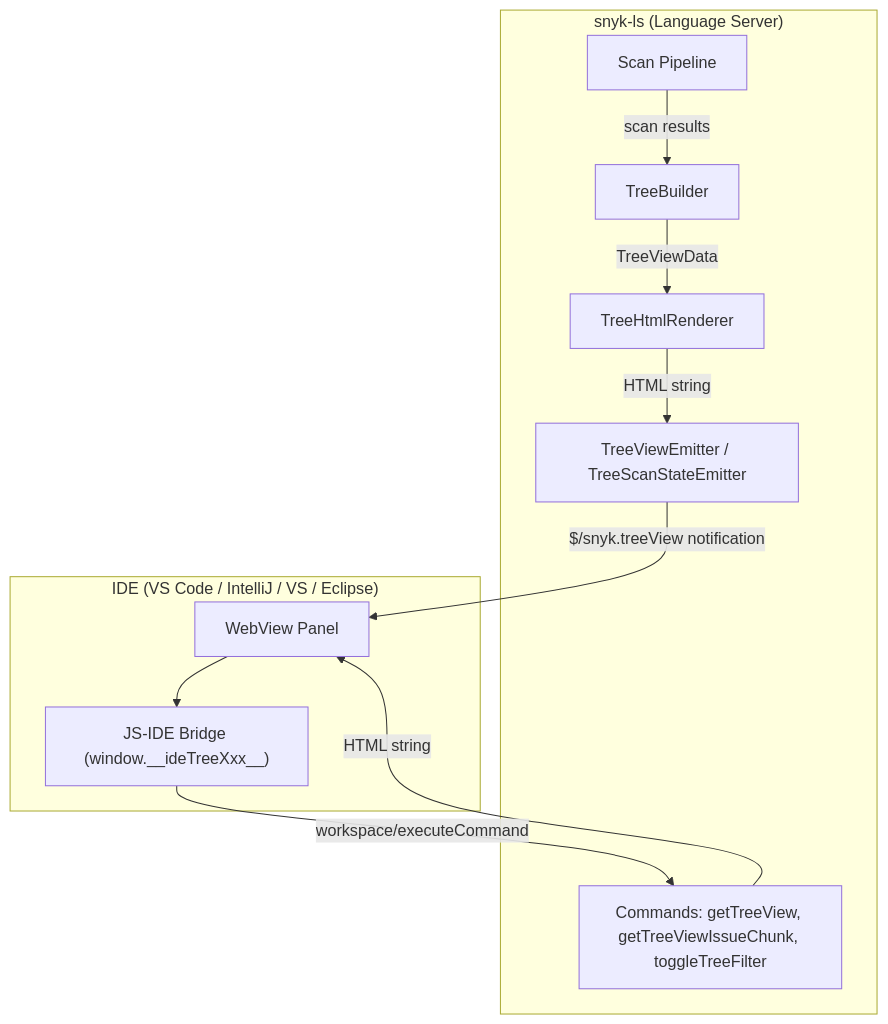
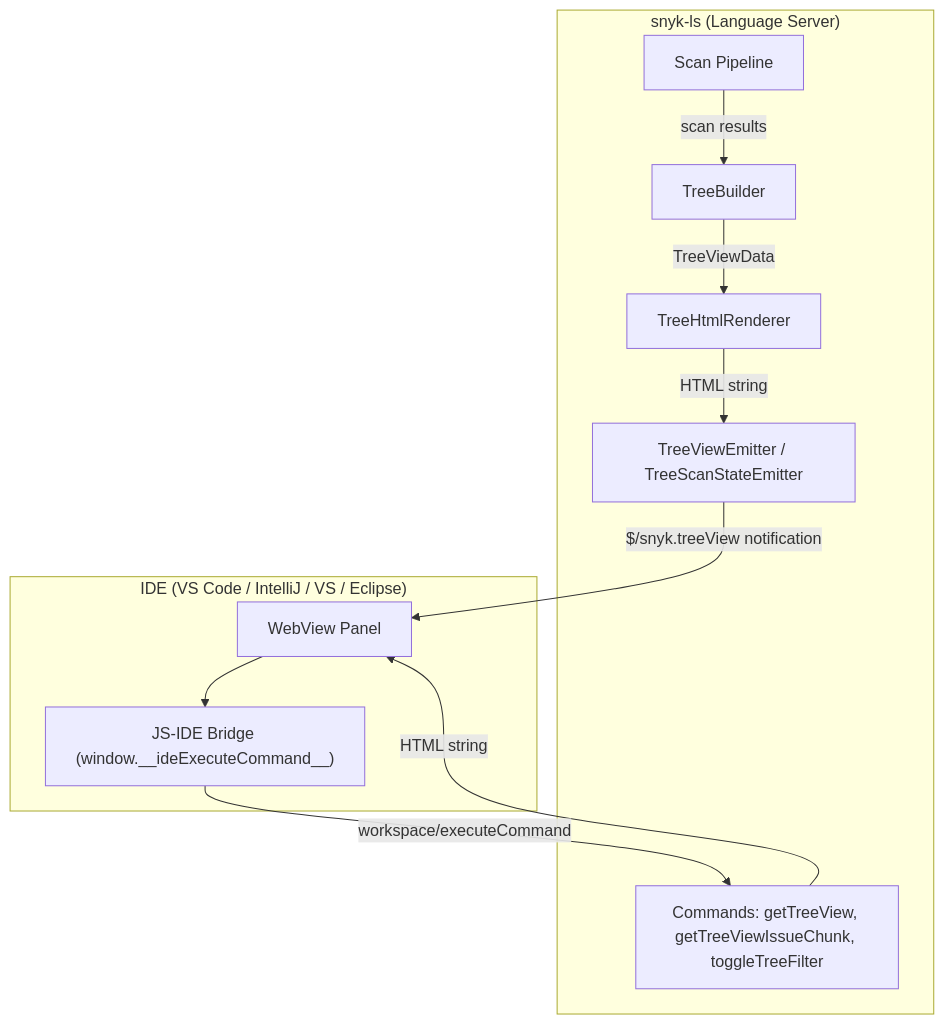
Before and after one commit to snyk/snyk-ls: the first of 2 diagrams in docs/tree-view.md, drawn with Mermaid. The commit also changed other lines of this file and 5 other files, not shown here.

First line of the commit message:
feat(treeview): unify JS-IDE bridge to single __ideExecuteCommand__ [IDE-1750]

````diff
--- a/docs/tree-view.md
+++ b/docs/tree-view.md
@@ -7,23 +7,23 @@
 ```mermaid
 graph TB
     subgraph LS["snyk-ls (Language Server)"]
         SC[Scan Pipeline]
         TB[TreeBuilder]
         TR[TreeHtmlRenderer]
         TE[TreeViewEmitter / TreeScanStateEmitter]
         CMD[Commands: getTreeView, getTreeViewIssueChunk, toggleTreeFilter]
     end
 
     subgraph IDE["IDE (VS Code / IntelliJ / VS / Eclipse)"]
         WV[WebView Panel]
-        BR["JS-IDE Bridge (window.__ideTreeXxx__)"]
+        BR["JS-IDE Bridge (window.__ideExecuteCommand__)"]
     end
 
     SC -->|scan results| TB
     TB -->|TreeViewData| TR
     TR -->|HTML string| TE
     TE -->|"$/snyk.treeView notification"| WV
     CMD -->|HTML string| WV
     WV --> BR
     BR -->|"workspace/executeCommand"| CMD
 ```
````
